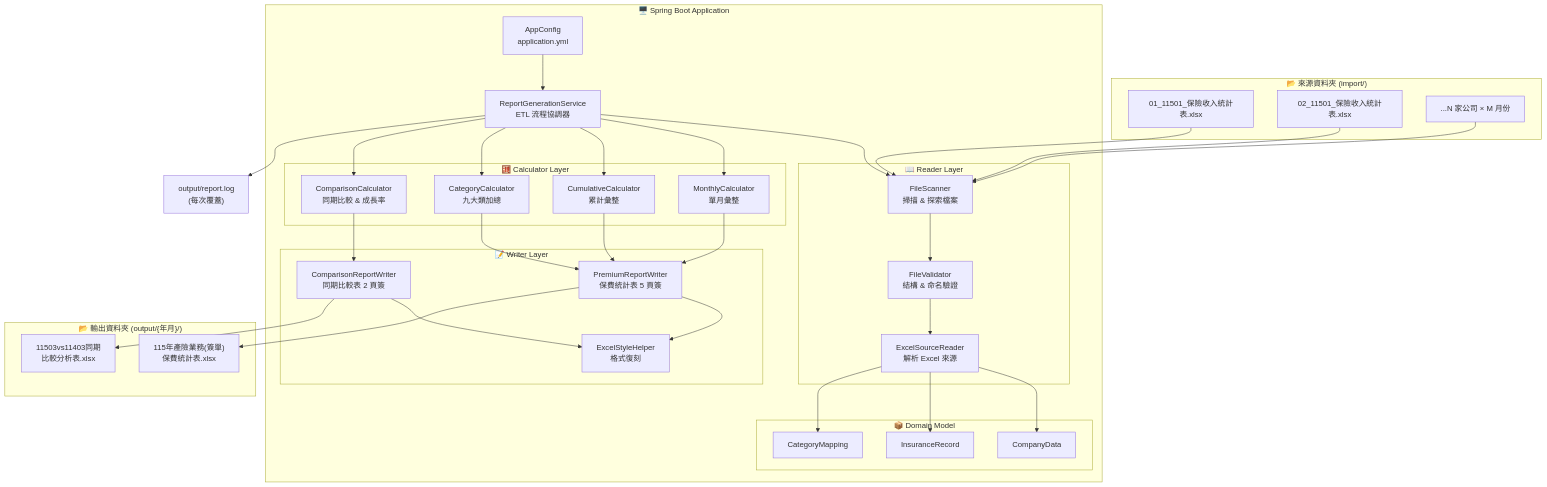
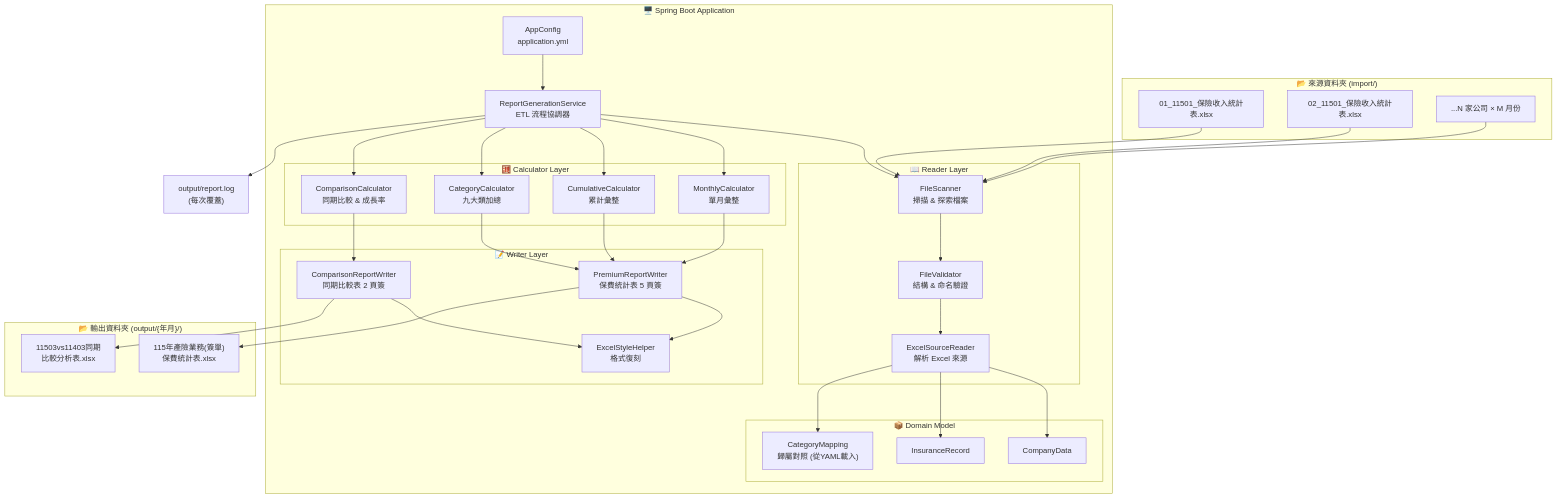
The first of 5 diagrams in docs/architecture.md (seawaterfoods/premium-report-automation), drawn with Mermaid before and after one commit. The commit also changed other lines of this file and 11 other files, not shown here.

````diff
--- a/docs/architecture.md
+++ b/docs/architecture.md
@@ -10,75 +10,75 @@
 ```mermaid
 graph TB
     subgraph Input["📂 來源資料夾 (import/)"]
         SRC1["01_11501_保險收入統計表.xlsx"]
         SRC2["02_11501_保險收入統計表.xlsx"]
         SRCN["...N 家公司 × M 月份"]
     end
 
     subgraph App["🖥️ Spring Boot Application"]
         CONFIG["AppConfig<br/>application.yml"]
         
         subgraph Reader["📖 Reader Layer"]
             SCANNER["FileScanner<br/>掃描 & 探索檔案"]
             VALIDATOR["FileValidator<br/>結構 & 命名驗證"]
             PARSER["ExcelSourceReader<br/>解析 Excel 來源"]
         end
         
         subgraph Model["📦 Domain Model"]
             COMPANY["CompanyData"]
             INSURANCE["InsuranceRecord"]
-            CATEGORY["CategoryMapping"]
+            CATEGORY["CategoryMapping<br/>歸屬對照 (從YAML載入)"]
         end
         
         subgraph Calculator["🧮 Calculator Layer"]
             MONTHLY["MonthlyCalculator<br/>單月彙整"]
             CUMULATIVE["CumulativeCalculator<br/>累計彙整"]
             CATCALC["CategoryCalculator<br/>九大類加總"]
             COMPARISON["ComparisonCalculator<br/>同期比較 & 成長率"]
         end
         
         subgraph Writer["📝 Writer Layer"]
             W1["PremiumReportWriter<br/>保費統計表 5 頁簽"]
             W2["ComparisonReportWriter<br/>同期比較表 2 頁簽"]
             FORMATTER["ExcelStyleHelper<br/>格式復刻"]
         end
         
         SERVICE["ReportGenerationService<br/>ETL 流程協調器"]
     end
 
     subgraph Output["📂 輸出資料夾 (output/{年月}/)"]
         OUT1["115年產險業務(簽單)<br/>保費統計表.xlsx"]
         OUT2["11503vs11403同期<br/>比較分析表.xlsx"]
     end
 
     LOG["output/report.log<br/>(每次覆蓋)"]
 
     SRC1 --> SCANNER
     SRC2 --> SCANNER
     SRCN --> SCANNER
     
     CONFIG --> SERVICE
     SERVICE --> SCANNER
     SCANNER --> VALIDATOR
     VALIDATOR --> PARSER
     PARSER --> COMPANY
     PARSER --> INSURANCE
     PARSER --> CATEGORY
     
     SERVICE --> MONTHLY
     SERVICE --> CUMULATIVE
     SERVICE --> CATCALC
     SERVICE --> COMPARISON
     
     MONTHLY --> W1
     CUMULATIVE --> W1
     CATCALC --> W1
     COMPARISON --> W2
     
     W1 --> FORMATTER
     W2 --> FORMATTER
     
     W1 --> OUT1
     W2 --> OUT2
     SERVICE --> LOG
 ```
````
